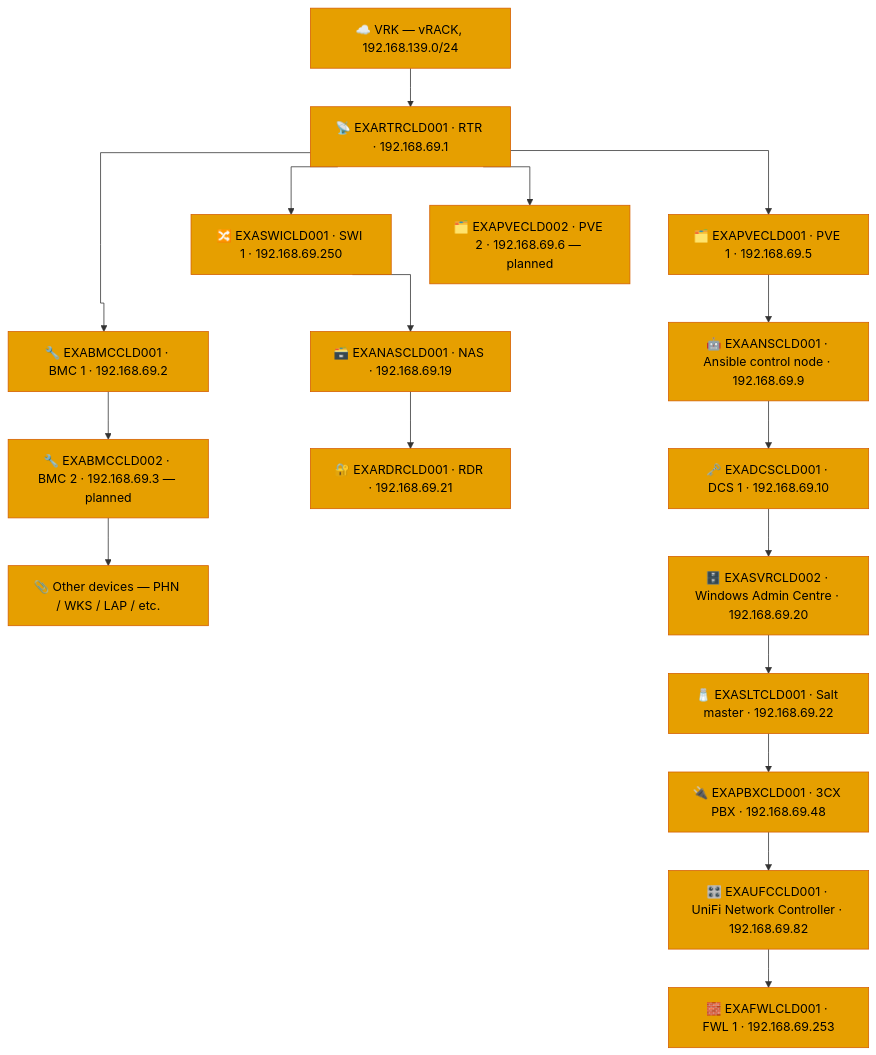
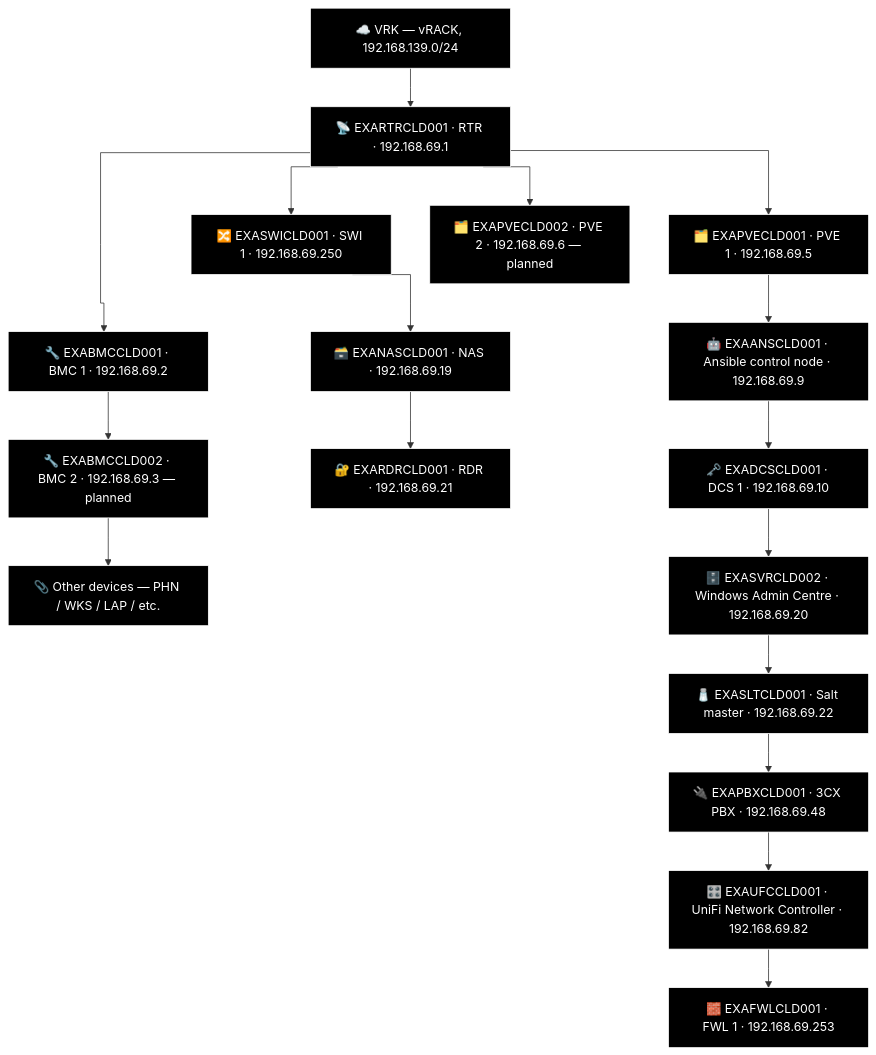
Before and after one commit to knightmare2600/example_music_infra: the second of 2 diagrams in docs/network-diagram/cld.md, drawn with Mermaid. The commit also changed other lines of this file and 1 other file, not shown here.

First line of the commit message:
docs/network-diagram/cld.md: retire New Network box, reformat header, black/white styling

````diff
--- a/docs/network-diagram/cld.md
+++ b/docs/network-diagram/cld.md
@@ -57,51 +44,51 @@
 ```mermaid
 %%{init: {'flowchart': {'curve': 'stepAfter'}}}%%
 graph TD
     T_VRK["☁️ VRK — vRACK, 192.168.139.0/24"]
     T_RTR["📡 EXARTRCLD001 · RTR · 192.168.69.1"]
     T_SWI["🔀 EXASWICLD001 · SWI 1 · 192.168.69.250"]
     T_BMC1["🔧 EXABMCCLD001 · BMC 1 · 192.168.69.2"]
     T_BMC2["🔧 EXABMCCLD002 · BMC 2 · 192.168.69.3 — planned"]
     T_PVE1["🗂️ EXAPVECLD001 · PVE 1 · 192.168.69.5"]
     T_PVE2["🗂️ EXAPVECLD002 · PVE 2 · 192.168.69.6 — planned"]
     T_NAS["🗃️ EXANASCLD001 · NAS · 192.168.69.19"]
     T_RDR["🔐 EXARDRCLD001 · RDR · 192.168.69.21"]
     T_OTHER["📎 Other devices — PHN / WKS / LAP / etc."]
     T_ANS["🤖 EXAANSCLD001 · Ansible control node · 192.168.69.9"]
     T_DCS["🗝️ EXADCSCLD001 · DCS 1 · 192.168.69.10"]
     T_SVR["🗄️ EXASVRCLD002 · Windows Admin Centre · 192.168.69.20"]
     T_SLT["🧂 EXASLTCLD001 · Salt master · 192.168.69.22"]
     T_PBX["🔌 EXAPBXCLD001 · 3CX PBX · 192.168.69.48"]
     T_UFC["🎛️ EXAUFCCLD001 · UniFi Network Controller · 192.168.69.82"]
     T_FWL["🧱 EXAFWLCLD001 · FWL 1 · 192.168.69.253"]
 
     T_VRK --> T_RTR
     T_RTR --> T_SWI
     T_RTR --> T_PVE1
     T_RTR --> T_PVE2
     T_SWI ~~~ T_BMC1
 
     T_RTR --> T_BMC1 --> T_BMC2 --> T_OTHER
 
     T_SWI --> T_NAS --> T_RDR
 
     T_PVE1 --> T_ANS --> T_DCS --> T_SVR --> T_SLT --> T_PBX --> T_UFC --> T_FWL
 
-    style T_VRK fill:#E69F00,stroke:#D55E00,color:#000000
-    style T_RTR fill:#E69F00,stroke:#D55E00,color:#000000
-    style T_SWI fill:#E69F00,stroke:#D55E00,color:#000000
-    style T_BMC1 fill:#E69F00,stroke:#D55E00,color:#000000
-    style T_BMC2 fill:#E69F00,stroke:#D55E00,color:#000000
-    style T_PVE1 fill:#E69F00,stroke:#D55E00,color:#000000
-    style T_PVE2 fill:#E69F00,stroke:#D55E00,color:#000000
-    style T_NAS fill:#E69F00,stroke:#D55E00,color:#000000
-    style T_RDR fill:#E69F00,stroke:#D55E00,color:#000000
-    style T_OTHER fill:#E69F00,stroke:#D55E00,color:#000000
-    style T_ANS fill:#E69F00,stroke:#D55E00,color:#000000
-    style T_DCS fill:#E69F00,stroke:#D55E00,color:#000000
-    style T_SVR fill:#E69F00,stroke:#D55E00,color:#000000
-    style T_SLT fill:#E69F00,stroke:#D55E00,color:#000000
-    style T_PBX fill:#E69F00,stroke:#D55E00,color:#000000
-    style T_UFC fill:#E69F00,stroke:#D55E00,color:#000000
-    style T_FWL fill:#E69F00,stroke:#D55E00,color:#000000
+    style T_VRK fill:#000000,stroke:#FFFFFF,color:#FFFFFF
+    style T_RTR fill:#000000,stroke:#FFFFFF,color:#FFFFFF
+    style T_SWI fill:#000000,stroke:#FFFFFF,color:#FFFFFF
+    style T_BMC1 fill:#000000,stroke:#FFFFFF,color:#FFFFFF
+    style T_BMC2 fill:#000000,stroke:#FFFFFF,color:#FFFFFF
+    style T_PVE1 fill:#000000,stroke:#FFFFFF,color:#FFFFFF
+    style T_PVE2 fill:#000000,stroke:#FFFFFF,color:#FFFFFF
+    style T_NAS fill:#000000,stroke:#FFFFFF,color:#FFFFFF
+    style T_RDR fill:#000000,stroke:#FFFFFF,color:#FFFFFF
+    style T_OTHER fill:#000000,stroke:#FFFFFF,color:#FFFFFF
+    style T_ANS fill:#000000,stroke:#FFFFFF,color:#FFFFFF
+    style T_DCS fill:#000000,stroke:#FFFFFF,color:#FFFFFF
+    style T_SVR fill:#000000,stroke:#FFFFFF,color:#FFFFFF
+    style T_SLT fill:#000000,stroke:#FFFFFF,color:#FFFFFF
+    style T_PBX fill:#000000,stroke:#FFFFFF,color:#FFFFFF
+    style T_UFC fill:#000000,stroke:#FFFFFF,color:#FFFFFF
+    style T_FWL fill:#000000,stroke:#FFFFFF,color:#FFFFFF
 ```
````
